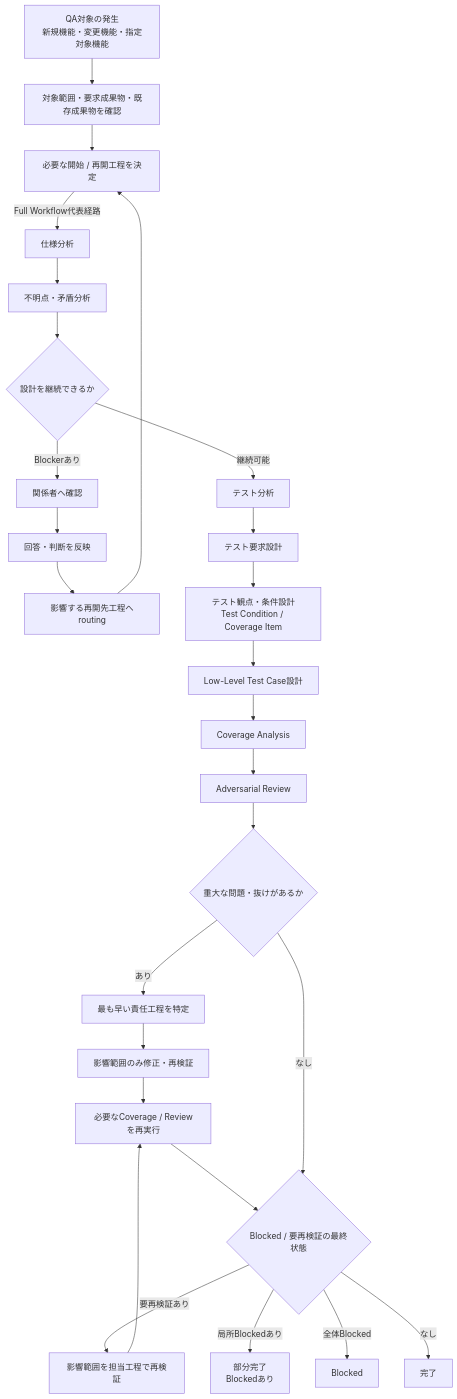
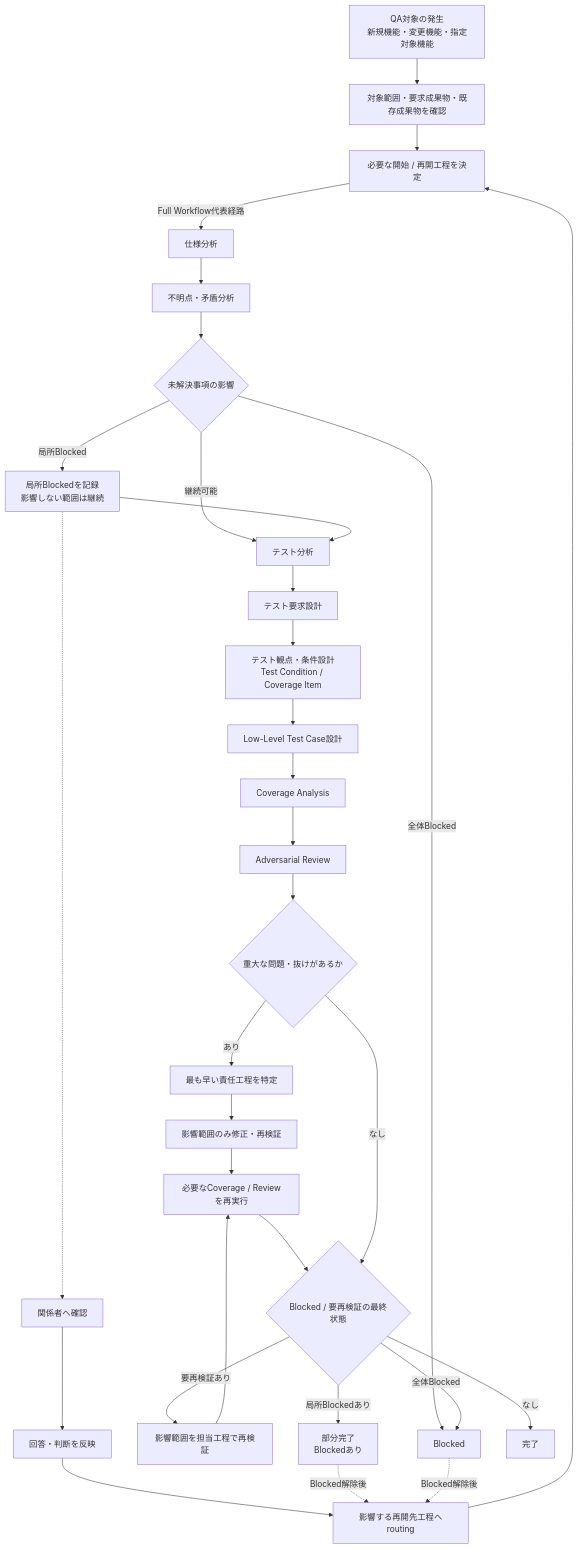
One commit to ryu-yoshikawa-pro-vision/qa-workflow-skills changed the diagram in README.md. Above: the diagram before and after it, drawn with Mermaid.

Commit message:
docs: refine blocked and resume paths in QA workflow diagram

````diff
--- a/README.md
+++ b/README.md
@@ -40,58 +40,65 @@
 ```mermaid
 flowchart TD
     A[QA対象の発生<br/>新規機能・変更機能・指定対象機能]
     B[対象範囲・要求成果物・既存成果物を確認]
     C[必要な開始 / 再開工程を決定]
     D[仕様分析]
     E[不明点・矛盾分析]
-    F{設計を継続できるか}
-    G[関係者へ確認]
-    H[回答・判断を反映]
-    I[影響する再開先工程へrouting]
-    J[テスト分析]
-    K[テスト要求設計]
-    L[テスト観点・条件設計<br/>Test Condition / Coverage Item]
-    M[Low-Level Test Case設計]
-    N[Coverage Analysis]
-    O[Adversarial Review]
-    P{重大な問題・抜けがあるか}
-    Q[最も早い責任工程を特定]
-    R[影響範囲のみ修正・再検証]
-    S{Blocked / 要再検証の最終状態}
-    T[影響範囲を担当工程で再検証]
-    U[必要なCoverage / Reviewを再実行]
-    V[部分完了<br/>Blockedあり]
-    W[Blocked]
-    X[完了]
+    F{未解決事項の影響}
+    G[局所Blockedを記録<br/>影響しない範囲は継続]
+    H[関係者へ確認]
+    I[回答・判断を反映]
+    J[影響する再開先工程へrouting]
+    K[テスト分析]
+    L[テスト要求設計]
+    M[テスト観点・条件設計<br/>Test Condition / Coverage Item]
+    N[Low-Level Test Case設計]
+    O[Coverage Analysis]
+    P[Adversarial Review]
+    Q{重大な問題・抜けがあるか}
+    R[最も早い責任工程を特定]
+    S[影響範囲のみ修正・再検証]
+    T{Blocked / 要再検証の最終状態}
+    U[影響範囲を担当工程で再検証]
+    V[必要なCoverage / Reviewを再実行]
+    W[部分完了<br/>Blockedあり]
+    X[Blocked]
+    Y[完了]
 
     A --> B
     B --> C
     C -->|Full Workflow代表経路| D
     D --> E
     E --> F
 
-    F -->|継続可能| J
-    F -->|Blockerあり| G
-    G --> H
+    F -->|継続可能| K
+    F -->|局所Blocked| G
+    G --> K
+    G -.-> H
     H --> I
-    I --> C
+    I --> J
+    J --> C
+    F -->|全体Blocked| X
 
-    J --> K
     K --> L
     L --> M
     M --> N
     N --> O
+    O --> P
 
-    O --> P
-    P -->|あり| Q
-    Q --> R
-    R --> U
-    U --> S
+    P --> Q
+    Q -->|あり| R
+    R --> S
+    S --> V
+    V --> T
 
-    P -->|なし| S
-    S -->|要再検証あり| T
-    T --> U
-    S -->|局所Blockedあり| V
-    S -->|全体Blocked| W
-    S -->|なし| X
+    Q -->|なし| T
+    T -->|要再検証あり| U
+    U --> V
+    T -->|局所Blockedあり| W
+    T -->|全体Blocked| X
+    T -->|なし| Y
+
+    W -.->|Blocked解除後| J
+    X -.->|Blocked解除後| J
 ```
````
